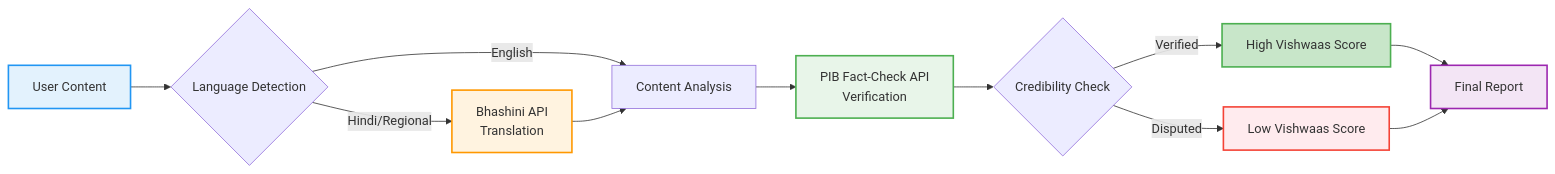
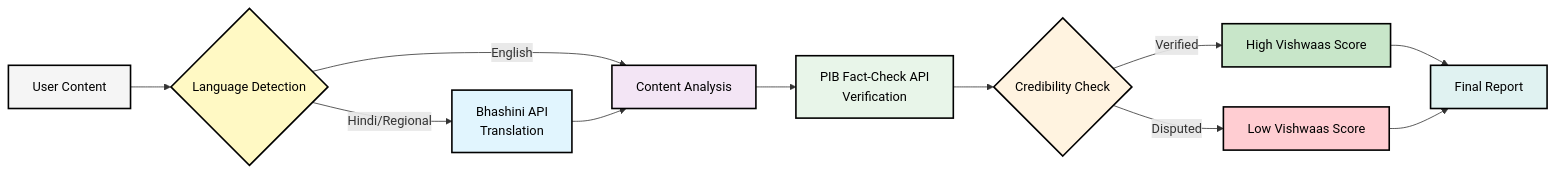
Before and after one commit to AbhishekGiri04/SATYA-DRISHTI: the first of 7 diagrams in docs/round2/ROUND2_IMPROVEMENTS.md, drawn with Mermaid. The commit also changed other lines of this file and 1 other file, not shown here.

````diff
--- a/docs/round2/ROUND2_IMPROVEMENTS.md
+++ b/docs/round2/ROUND2_IMPROVEMENTS.md
@@ -76,20 +76,23 @@
 ```mermaid
 graph LR
     A[User Content] --> B{Language Detection}
     B -->|Hindi/Regional| C[Bhashini API<br/>Translation]
     B -->|English| D[Content Analysis]
     C --> D
     D --> E[PIB Fact-Check API<br/>Verification]
     E --> F{Credibility Check}
     F -->|Verified| G[High Vishwaas Score]
     F -->|Disputed| H[Low Vishwaas Score]
     G --> I[Final Report]
     H --> I
     
-    style A fill:#E3F2FD,stroke:#2196F3,stroke-width:2px
-    style C fill:#FFF3E0,stroke:#FF9800,stroke-width:2px
-    style E fill:#E8F5E9,stroke:#4CAF50,stroke-width:2px
-    style G fill:#C8E6C9,stroke:#4CAF50,stroke-width:2px
-    style H fill:#FFEBEE,stroke:#F44336,stroke-width:2px
-    style I fill:#F3E5F5,stroke:#9C27B0,stroke-width:2px
+    style A fill:#F5F5F5,stroke:#000,stroke-width:2px,color:#000
+    style B fill:#FFF9C4,stroke:#000,stroke-width:2px,color:#000
+    style C fill:#E1F5FE,stroke:#000,stroke-width:2px,color:#000
+    style D fill:#F3E5F5,stroke:#000,stroke-width:2px,color:#000
+    style E fill:#E8F5E9,stroke:#000,stroke-width:2px,color:#000
+    style F fill:#FFF3E0,stroke:#000,stroke-width:2px,color:#000
+    style G fill:#C8E6C9,stroke:#000,stroke-width:2px,color:#000
+    style H fill:#FFCDD2,stroke:#000,stroke-width:2px,color:#000
+    style I fill:#E0F2F1,stroke:#000,stroke-width:2px,color:#000
 ```
````
